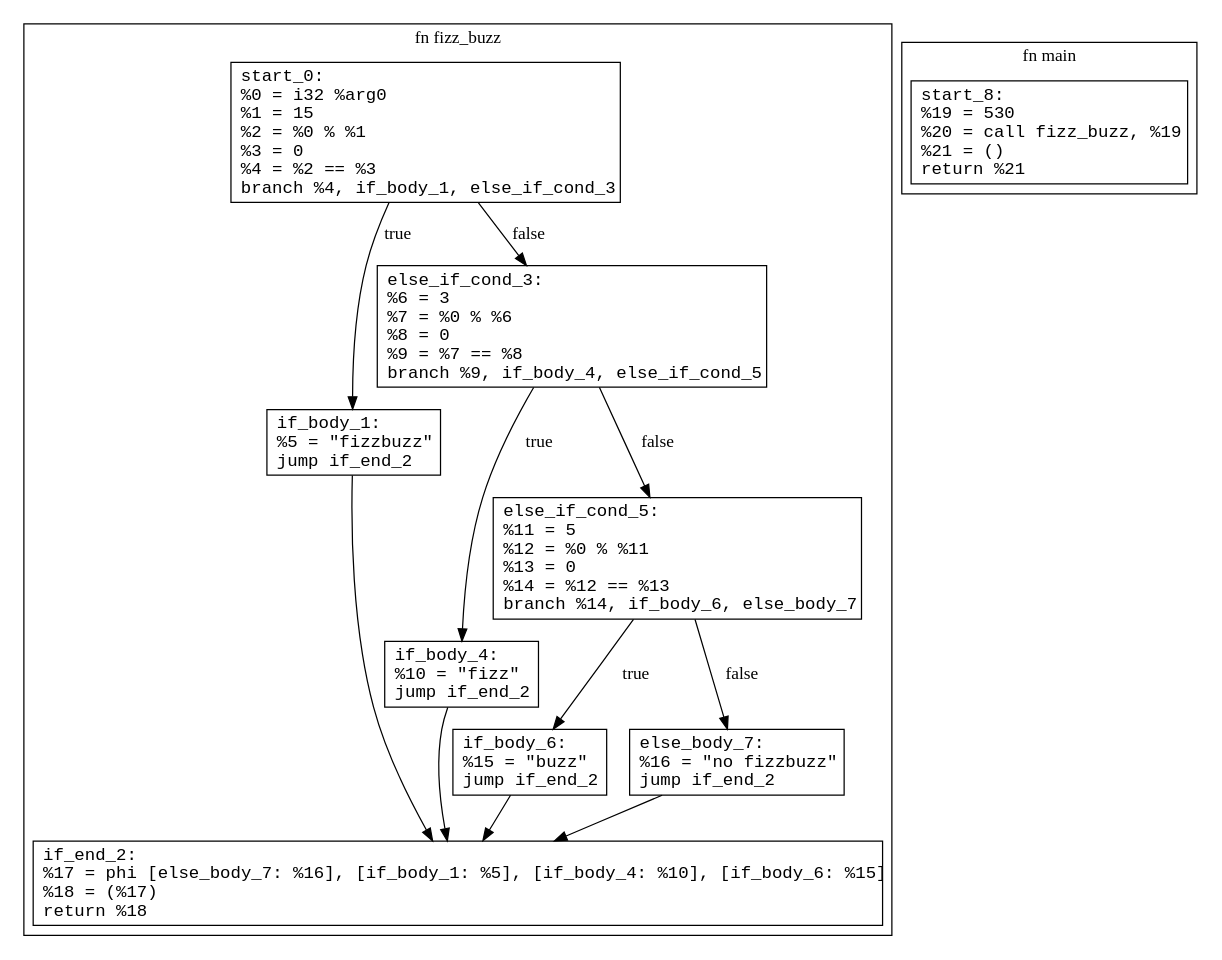
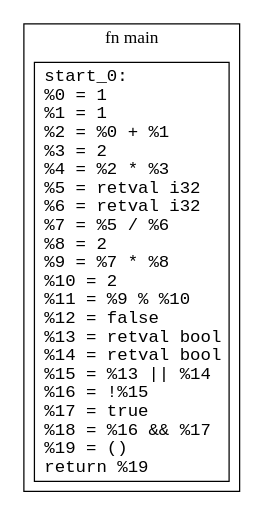
One commit to riogu/henceforth changed the diagram in cfg.dot. Above: the diagram before and after it, drawn with Graphviz. The commit also changed 7 other files, not shown here.

```diff
--- a/cfg.dot
+++ b/cfg.dot
@@ -1,28 +1,7 @@
 digraph CFG {
     node [shape=box fontname="Monospace"]
-    subgraph cluster_fizz_buzz {
-        label="fn fizz_buzz";
-        fizz_buzz_start_0 [label="start_0:\l%0 = i32 %arg0\l%1 = 15\l%2 = %0 % %1\l%3 = 0\l%4 = %2 == %3\lbranch %4, if_body_1, else_if_cond_3\l"];
-        fizz_buzz_if_body_1 [label="if_body_1:\l%5 = \"fizzbuzz\"\ljump if_end_2\l"];
-        fizz_buzz_if_end_2 [label="if_end_2:\l%17 = phi [else_body_7: %16], [if_body_1: %5], [if_body_4: %10], [if_body_6: %15]\l%18 = (%17)\lreturn %18\l"];
-        fizz_buzz_else_if_cond_3 [label="else_if_cond_3:\l%6 = 3\l%7 = %0 % %6\l%8 = 0\l%9 = %7 == %8\lbranch %9, if_body_4, else_if_cond_5\l"];
-        fizz_buzz_if_body_4 [label="if_body_4:\l%10 = \"fizz\"\ljump if_end_2\l"];
-        fizz_buzz_else_if_cond_5 [label="else_if_cond_5:\l%11 = 5\l%12 = %0 % %11\l%13 = 0\l%14 = %12 == %13\lbranch %14, if_body_6, else_body_7\l"];
-        fizz_buzz_if_body_6 [label="if_body_6:\l%15 = \"buzz\"\ljump if_end_2\l"];
-        fizz_buzz_else_body_7 [label="else_body_7:\l%16 = \"no fizzbuzz\"\ljump if_end_2\l"];
-        fizz_buzz_start_0 -> fizz_buzz_if_body_1 [label="true"];
-        fizz_buzz_start_0 -> fizz_buzz_else_if_cond_3 [label="false"];
-        fizz_buzz_if_body_1 -> fizz_buzz_if_end_2;
-        fizz_buzz_else_if_cond_3 -> fizz_buzz_if_body_4 [label="true"];
-        fizz_buzz_else_if_cond_3 -> fizz_buzz_else_if_cond_5 [label="false"];
-        fizz_buzz_if_body_4 -> fizz_buzz_if_end_2;
-        fizz_buzz_else_if_cond_5 -> fizz_buzz_if_body_6 [label="true"];
-        fizz_buzz_else_if_cond_5 -> fizz_buzz_else_body_7 [label="false"];
-        fizz_buzz_if_body_6 -> fizz_buzz_if_end_2;
-        fizz_buzz_else_body_7 -> fizz_buzz_if_end_2;
-    }
     subgraph cluster_main {
         label="fn main";
-        main_start_8 [label="start_8:\l%19 = 530\l%20 = call fizz_buzz, %19\l%21 = ()\lreturn %21\l"];
+        main_start_0 [label="start_0:\l%0 = 1\l%1 = 1\l%2 = %0 + %1\l%3 = 2\l%4 = %2 * %3\l%5 = retval i32\l%6 = retval i32\l%7 = %5 / %6\l%8 = 2\l%9 = %7 * %8\l%10 = 2\l%11 = %9 % %10\l%12 = false\l%13 = retval bool\l%14 = retval bool\l%15 = %13 || %14\l%16 = !%15\l%17 = true\l%18 = %16 && %17\l%19 = ()\lreturn %19\l"];
     }
 }
```
